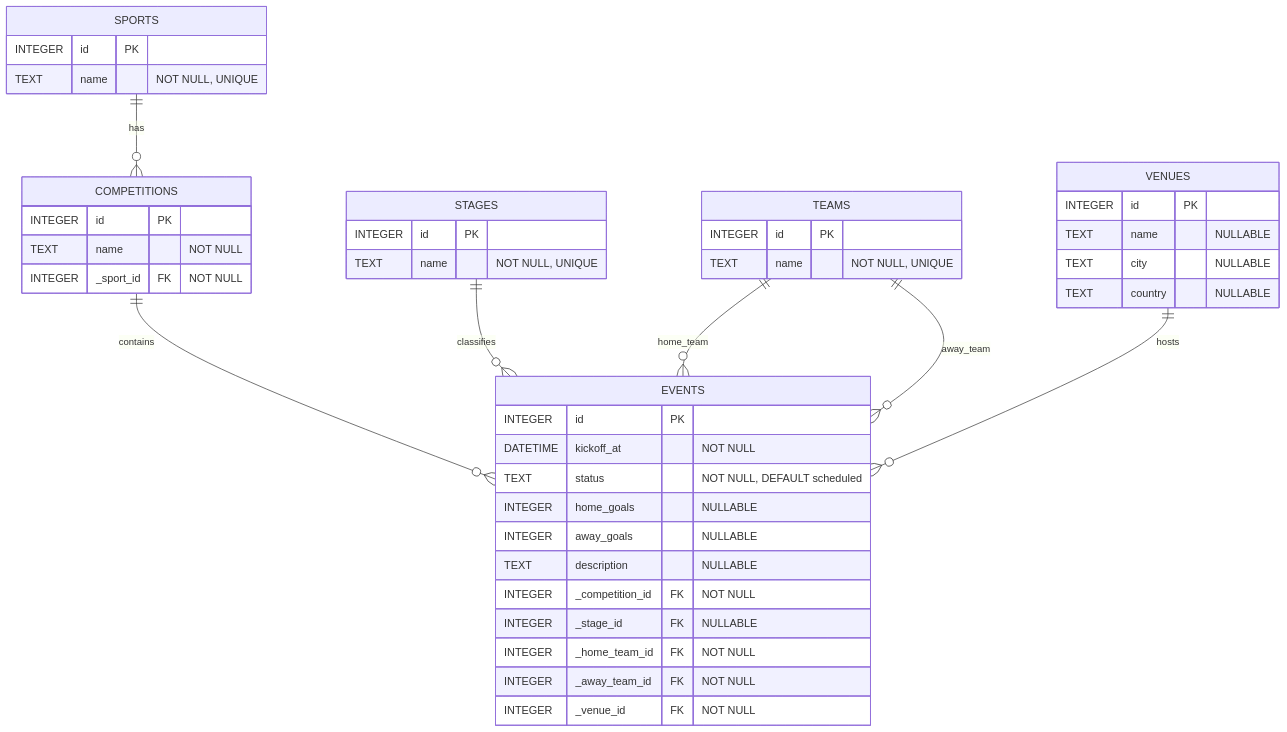
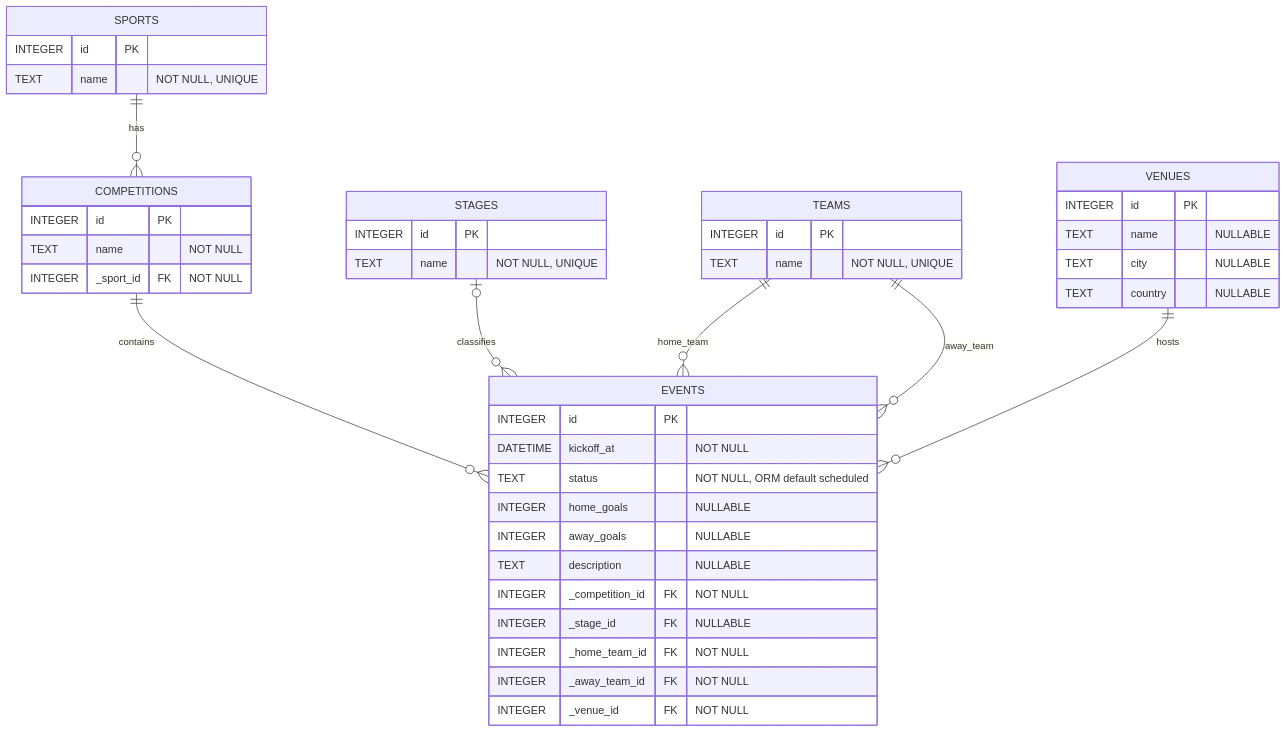
One commit to yy31104/sportradar-coding-academy-be changed the diagram in docs/erd.mmd. Above: the diagram before and after it, drawn with Mermaid. The commit also changed 10 other files, not shown here.

```diff
--- a/docs/erd.mmd
+++ b/docs/erd.mmd
@@ -1,49 +1,49 @@
 erDiagram
     SPORTS {
         INTEGER id PK
         TEXT name "NOT NULL, UNIQUE"
     }
 
     COMPETITIONS {
         INTEGER id PK
         TEXT name "NOT NULL"
         INTEGER _sport_id FK "NOT NULL"
     }
 
     STAGES {
         INTEGER id PK
         TEXT name "NOT NULL, UNIQUE"
     }
 
     TEAMS {
         INTEGER id PK
         TEXT name "NOT NULL, UNIQUE"
     }
 
     VENUES {
         INTEGER id PK
         TEXT name "NULLABLE"
         TEXT city "NULLABLE"
         TEXT country "NULLABLE"
     }
 
     EVENTS {
         INTEGER id PK
         DATETIME kickoff_at "NOT NULL"
-        TEXT status "NOT NULL, DEFAULT scheduled"
+        TEXT status "NOT NULL, ORM default scheduled"
         INTEGER home_goals "NULLABLE"
         INTEGER away_goals "NULLABLE"
         TEXT description "NULLABLE"
         INTEGER _competition_id FK "NOT NULL"
         INTEGER _stage_id FK "NULLABLE"
         INTEGER _home_team_id FK "NOT NULL"
         INTEGER _away_team_id FK "NOT NULL"
         INTEGER _venue_id FK "NOT NULL"
     }
 
     SPORTS ||--o{ COMPETITIONS : has
     COMPETITIONS ||--o{ EVENTS : contains
-    STAGES ||--o{ EVENTS : classifies
+    STAGES |o--o{ EVENTS : classifies
     TEAMS ||--o{ EVENTS : home_team
     TEAMS ||--o{ EVENTS : away_team
     VENUES ||--o{ EVENTS : hosts
```
